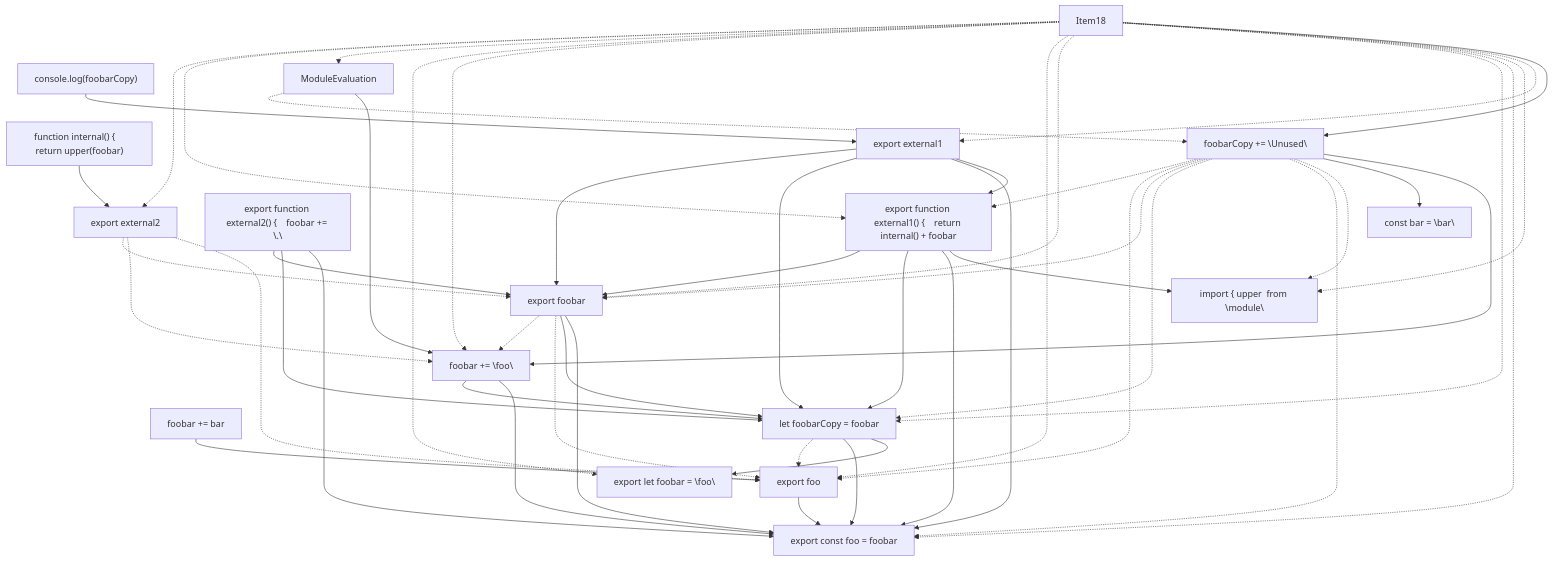
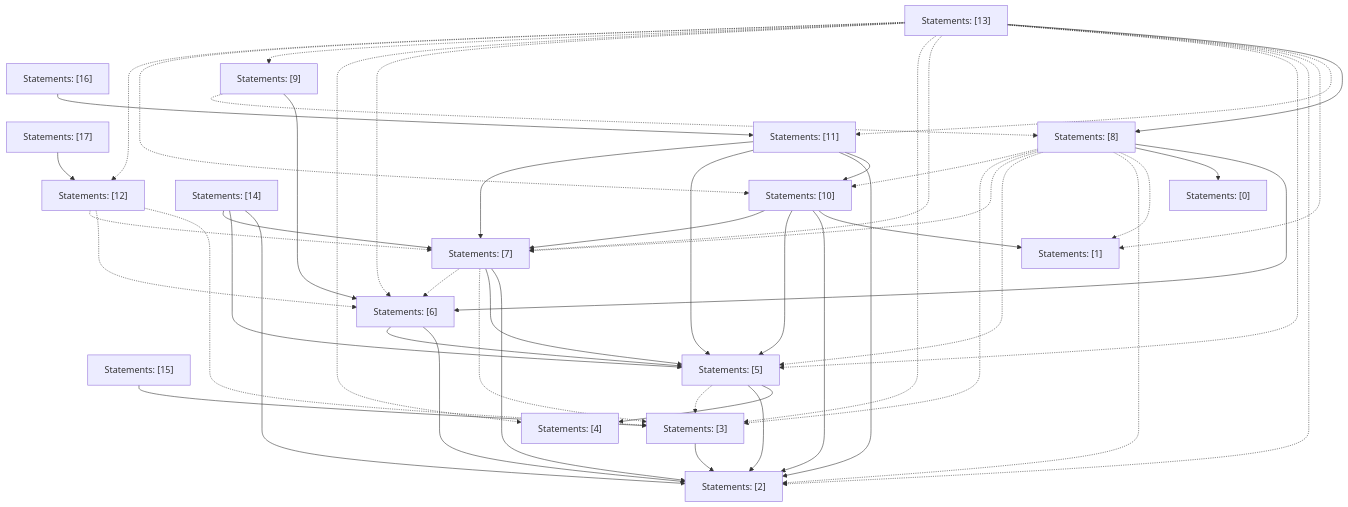
Before and after one commit to vercel/turborepo: the fifth of 5 diagrams in crates/turbopack-ecmascript/tests/tree-shaker/analyzer/1/output.md, drawn with Mermaid. The commit also changed 3 other files, not shown here.

````diff
--- a/crates/turbopack-ecmascript/tests/tree-shaker/analyzer/1/output.md
+++ b/crates/turbopack-ecmascript/tests/tree-shaker/analyzer/1/output.md
@@ -351,69 +351,70 @@
 ```mermaid
 graph TD
-    Item1["import { upper  from \"module\""];
-    Item2["const bar = \"bar\""];
-    Item3["export let foobar = \"foo\""];
-    Item4["export const foo = foobar"];
-    Item5["export foo"];
-    Item6["foobar += bar"];
-    Item7["let foobarCopy = foobar"];
-    Item8["foobar += \"foo\""];
-    Item9["export foobar"];
-    Item10["export function external2() {    foobar += \".\""];
-    Item11["export external2"];
-    Item12["function internal() {    return upper(foobar)"];
-    Item13["export function external1() {    return internal() + foobar"];
-    Item14["export external1"];
-    Item15["console.log(foobarCopy)"];
-    Item16["foobarCopy += \"Unused\""];
-    Item17["ModuleEvaluation"];
-    Item5 --> Item4;
-    Item7 --> Item3;
-    Item7 --> Item4;
-    Item7 -.-> Item5;
-    Item8 --> Item4;
-    Item8 --> Item7;
-    Item9 --> Item4;
-    Item9 --> Item7;
-    Item9 -.-> Item5;
-    Item9 -.-> Item8;
-    Item16 --> Item8;
-    Item16 --> Item2;
-    Item16 -.-> Item1;
-    Item16 -.-> Item4;
-    Item16 -.-> Item7;
-    Item16 -.-> Item9;
-    Item16 -.-> Item5;
-    Item16 -.-> Item13;
-    Item17 --> Item8;
-    Item17 -.-> Item16;
-    Item13 --> Item1;
-    Item13 --> Item4;
-    Item13 --> Item7;
-    Item13 --> Item9;
-    Item14 --> Item13;
-    Item14 --> Item4;
-    Item14 --> Item7;
-    Item14 --> Item9;
-    Item11 -.-> Item5;
-    Item11 -.-> Item8;
-    Item11 -.-> Item9;
-    Item18 --> Item16;
-    Item18 -.-> Item14;
-    Item18 -.-> Item1;
-    Item18 -.-> Item4;
-    Item18 -.-> Item7;
-    Item18 -.-> Item9;
-    Item18 -.-> Item5;
-    Item18 -.-> Item8;
-    Item18 -.-> Item3;
-    Item18 -.-> Item17;
-    Item18 -.-> Item13;
-    Item18 -.-> Item11;
-    Item10 --> Item4;
-    Item10 --> Item7;
-    Item10 --> Item9;
-    Item6 --> Item5;
-    Item15 --> Item14;
-    Item12 --> Item11;
+    N0["Statements: [1]"];
+    N1["Statements: [0]"];
+    N2["Statements: [4]"];
+    N3["Statements: [2]"];
+    N4["Statements: [3]"];
+    N5["Statements: [15]"];
+    N6["Statements: [5]"];
+    N7["Statements: [6]"];
+    N8["Statements: [7]"];
+    N9["Statements: [14]"];
+    N10["Statements: [12]"];
+    N11["Statements: [17]"];
+    N12["Statements: [10]"];
+    N13["Statements: [11]"];
+    N14["Statements: [16]"];
+    N15["Statements: [8]"];
+    N16["Statements: [9]"];
+    N17["Statements: [13]"];
+    N4 --> N3;
+    N6 --> N2;
+    N6 --> N3;
+    N6 -.-> N4;
+    N7 --> N3;
+    N7 --> N6;
+    N8 --> N3;
+    N8 --> N6;
+    N8 -.-> N4;
+    N8 -.-> N7;
+    N15 --> N7;
+    N15 --> N1;
+    N15 -.-> N0;
+    N15 -.-> N3;
+    N15 -.-> N6;
+    N15 -.-> N8;
+    N15 -.-> N4;
+    N15 -.-> N12;
+    N16 --> N7;
+    N16 -.-> N15;
+    N12 --> N0;
+    N12 --> N3;
+    N12 --> N6;
+    N12 --> N8;
+    N13 --> N12;
+    N13 --> N3;
+    N13 --> N6;
+    N13 --> N8;
+    N10 -.-> N4;
+    N10 -.-> N7;
+    N10 -.-> N8;
+    N17 --> N15;
+    N17 -.-> N13;
+    N17 -.-> N0;
+    N17 -.-> N3;
+    N17 -.-> N6;
+    N17 -.-> N8;
+    N17 -.-> N4;
+    N17 -.-> N7;
+    N17 -.-> N2;
+    N17 -.-> N16;
+    N17 -.-> N12;
+    N17 -.-> N10;
+    N9 --> N3;
+    N9 --> N6;
+    N9 --> N8;
+    N5 --> N4;
+    N14 --> N13;
+    N11 --> N10;
 ```
````
